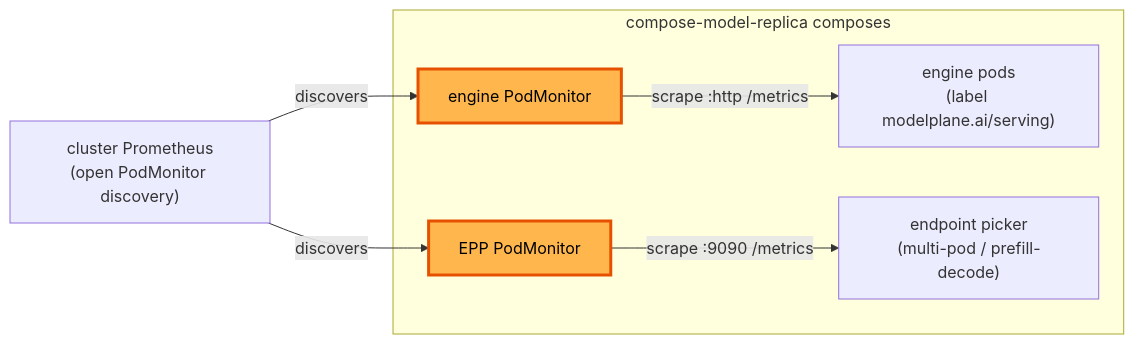
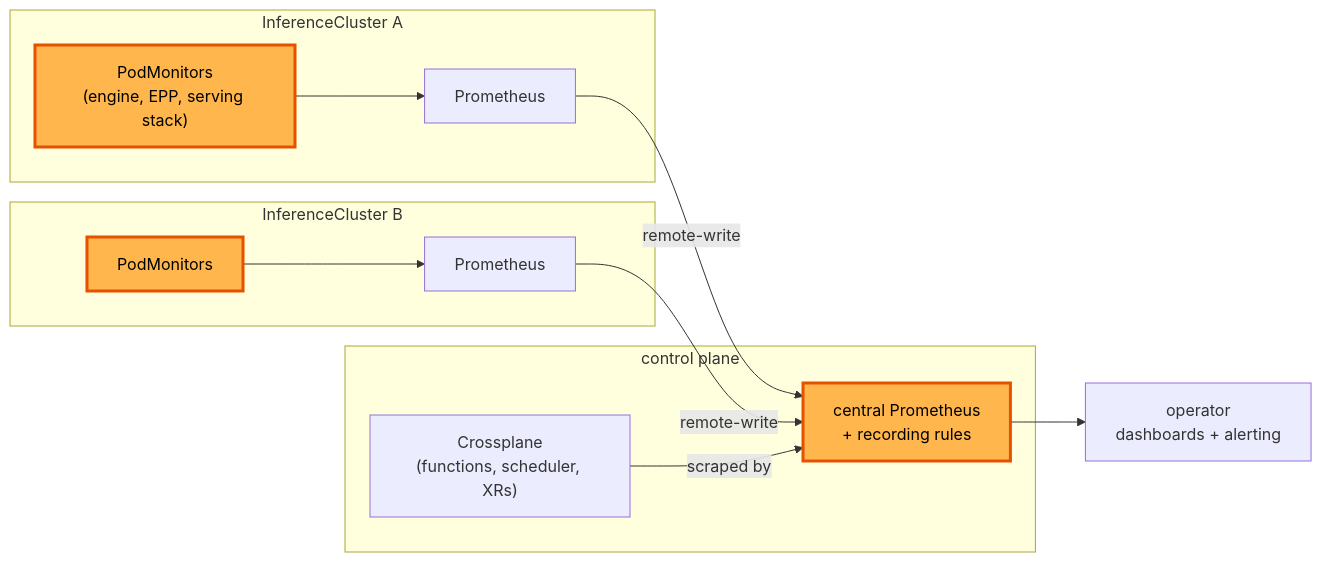
The diagram in design/metrics.md (modelplaneai/modelplane), drawn with Mermaid before and after one commit. The commit also changed other lines of this file, not shown here.

First line of the commit message:
Reframe metrics around always-on collection and central aggregation

````diff
--- a/design/metrics.md
+++ b/design/metrics.md
@@ -152,16 +148,24 @@
 ```mermaid
 flowchart LR
-    subgraph rep["compose-model-replica composes"]
-        ENG["engine pods\n(label modelplane.ai/serving)"]
-        EPM["engine PodMonitor"]
-        EPP["endpoint picker\n(multi-pod / prefill-decode)"]
-        XPM["EPP PodMonitor"]
+    subgraph icA["InferenceCluster A"]
+        PMA["PodMonitors\n(engine, EPP, serving stack)"]
+        PRA["Prometheus"]
     end
-    PROM["cluster Prometheus\n(open PodMonitor discovery)"]
-    EPM -->|"scrape :http /metrics"| ENG
-    XPM -->|"scrape :9090 /metrics"| EPP
-    PROM -->|discovers| EPM
-    PROM -->|discovers| XPM
+    subgraph icB["InferenceCluster B"]
+        PMB["PodMonitors"]
+        PRB["Prometheus"]
+    end
+    subgraph cpl["control plane"]
+        XP["Crossplane\n(functions, scheduler, XRs)"]
+        CENT["central Prometheus\n+ recording rules"]
+    end
+    OP["operator\ndashboards + alerting"]
+    PMA --> PRA
+    PMB --> PRB
+    PRA -->|remote-write| CENT
+    PRB -->|remote-write| CENT
+    XP -->|scraped by| CENT
+    CENT --> OP
     classDef new fill:#ffb74d,stroke:#e65100,stroke-width:3px,color:#000;
-    class EPM,XPM new
+    class CENT,PMA,PMB new
 ```
````
